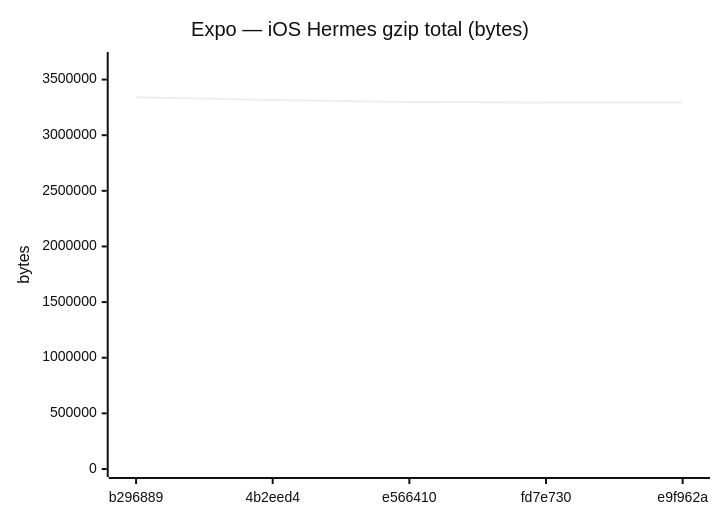
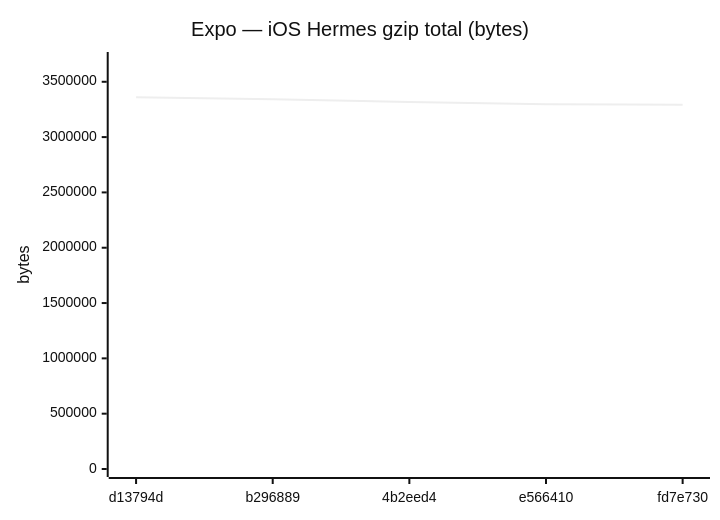
One commit to Metaheurist/Rianell changed diagram 12 of 18 in benchmarks/compare.md. Above: the diagram before and after it, drawn with Mermaid (neutral theme). The commit also changed other lines of this file and 11 other files, not shown here.

````diff
--- a/benchmarks/compare.md
+++ b/benchmarks/compare.md
@@ -179,7 +179,7 @@
 ```mermaid
 xychart-beta
     title "Expo — iOS Hermes gzip total (bytes)"
-    x-axis ["b296889", "4b2eed4", "e566410", "fd7e730", "e9f962a"]
-    y-axis "bytes" 0 --> 3675811
-    line [3341646, 3316545, 3297734, 3293199, 3293198]
+    x-axis ["d13794d", "b296889", "4b2eed4", "e566410", "fd7e730"]
+    y-axis "bytes" 0 --> 3696854
+    line [3360776, 3341646, 3316545, 3297734, 3293199]
 ```
````
